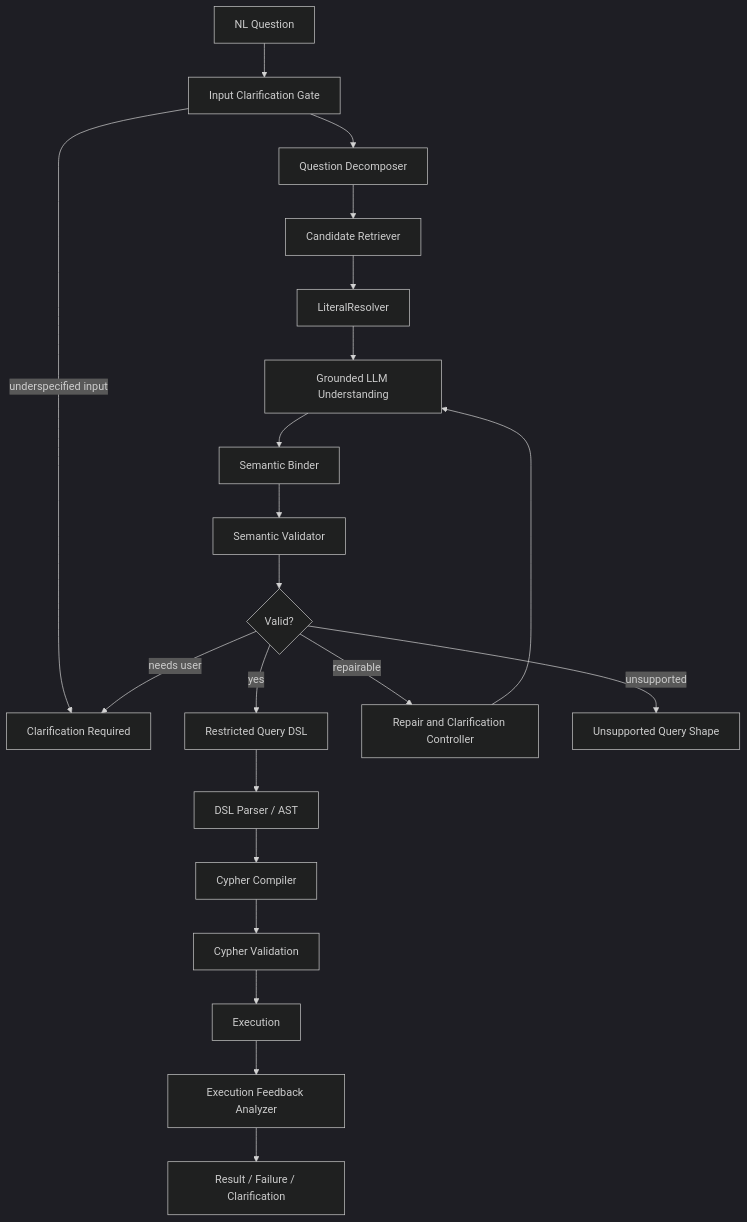
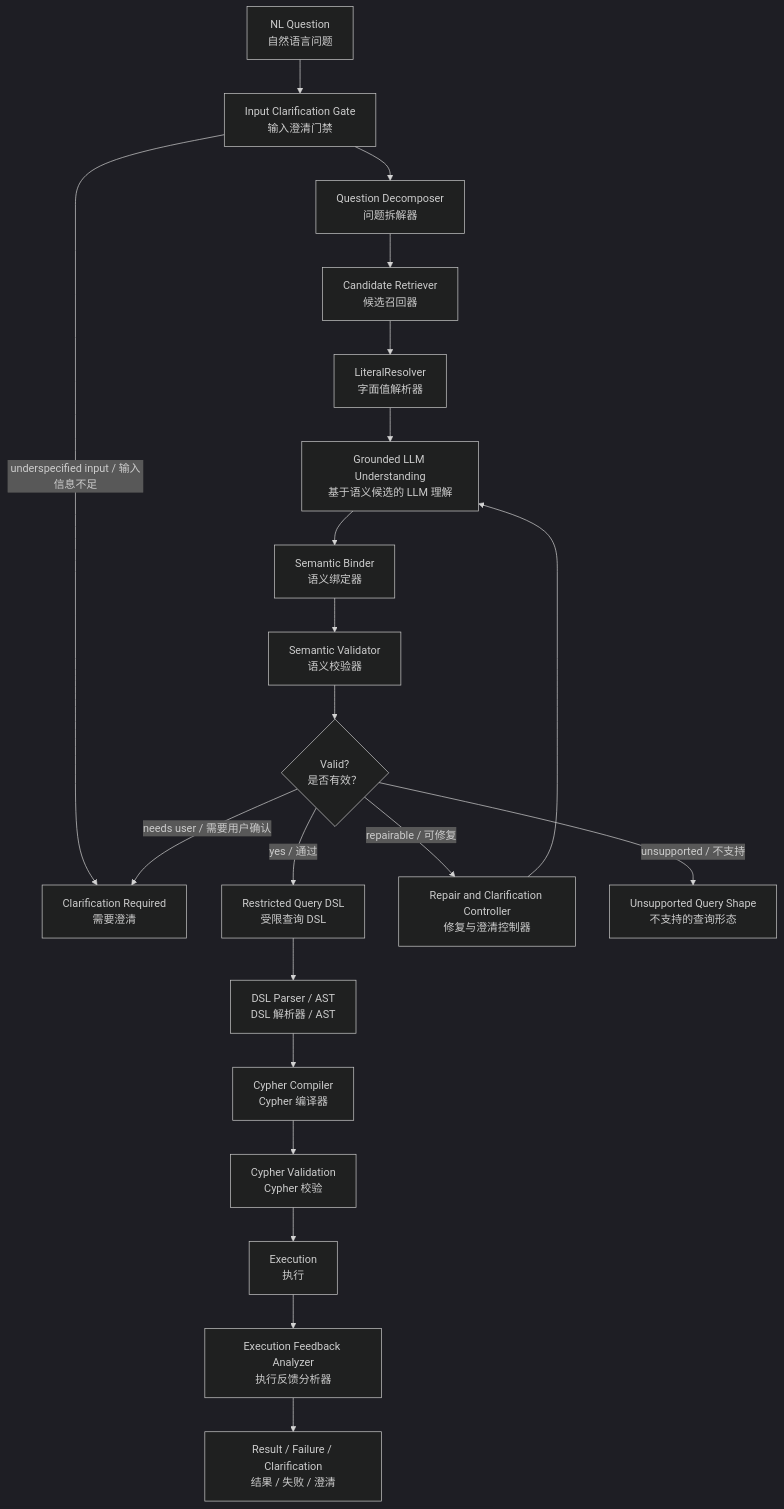
The diagram in docs/superpowers/specs/osi-cypher-generation/2026-05-27-overall-architecture-design.md (mangow0527/NL2Cypher), drawn with Mermaid (dark theme) before and after one commit. The commit also changed other lines of this file, not shown here.

Commit message:
docs: add bilingual labels to OSI pipeline

````diff
--- a/docs/superpowers/specs/osi-cypher-generation/2026-05-27-overall-architecture-design.md
+++ b/docs/superpowers/specs/osi-cypher-generation/2026-05-27-overall-architecture-design.md
@@ -47,23 +47,23 @@
 ```mermaid
 flowchart TD
-  A["NL Question"] --> A1["Input Clarification Gate"]
-  A1 --> B["Question Decomposer"]
-  A1 -->|"underspecified input"| K["Clarification Required"]
-  B --> C["Candidate Retriever"]
-  C --> D["LiteralResolver"]
-  D --> E["Grounded LLM Understanding"]
-  E --> F["Semantic Binder"]
-  F --> G["Semantic Validator"]
-  G --> H{"Valid?"}
-  H -->|"yes"| I["Restricted Query DSL"]
-  H -->|"repairable"| J["Repair and Clarification Controller"]
+  A["NL Question<br/>自然语言问题"] --> A1["Input Clarification Gate<br/>输入澄清门禁"]
+  A1 --> B["Question Decomposer<br/>问题拆解器"]
+  A1 -->|"underspecified input / 输入信息不足"| K["Clarification Required<br/>需要澄清"]
+  B --> C["Candidate Retriever<br/>候选召回器"]
+  C --> D["LiteralResolver<br/>字面值解析器"]
+  D --> E["Grounded LLM Understanding<br/>基于语义候选的 LLM 理解"]
+  E --> F["Semantic Binder<br/>语义绑定器"]
+  F --> G["Semantic Validator<br/>语义校验器"]
+  G --> H{"Valid?<br/>是否有效？"}
+  H -->|"yes / 通过"| I["Restricted Query DSL<br/>受限查询 DSL"]
+  H -->|"repairable / 可修复"| J["Repair and Clarification Controller<br/>修复与澄清控制器"]
   J --> E
-  H -->|"needs user"| K["Clarification Required"]
-  H -->|"unsupported"| L["Unsupported Query Shape"]
-  I --> M["DSL Parser / AST"]
-  M --> N["Cypher Compiler"]
-  N --> O["Cypher Validation"]
-  O --> P["Execution"]
-  P --> Q["Execution Feedback Analyzer"]
-  Q --> R["Result / Failure / Clarification"]
+  H -->|"needs user / 需要用户确认"| K["Clarification Required<br/>需要澄清"]
+  H -->|"unsupported / 不支持"| L["Unsupported Query Shape<br/>不支持的查询形态"]
+  I --> M["DSL Parser / AST<br/>DSL 解析器 / AST"]
+  M --> N["Cypher Compiler<br/>Cypher 编译器"]
+  N --> O["Cypher Validation<br/>Cypher 校验"]
+  O --> P["Execution<br/>执行"]
+  P --> Q["Execution Feedback Analyzer<br/>执行反馈分析器"]
+  Q --> R["Result / Failure / Clarification<br/>结果 / 失败 / 澄清"]
 ```
````
